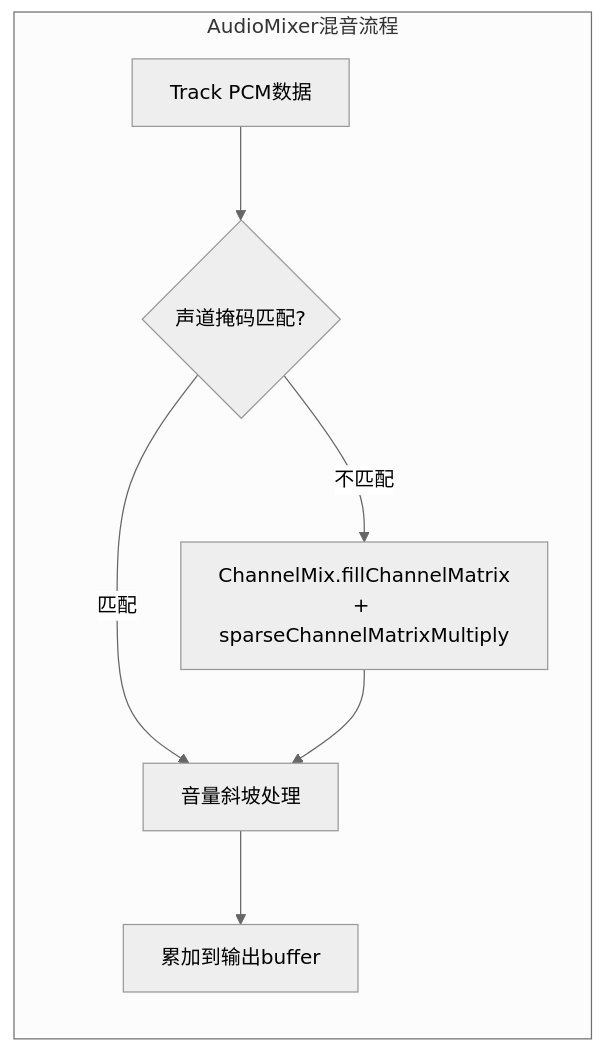
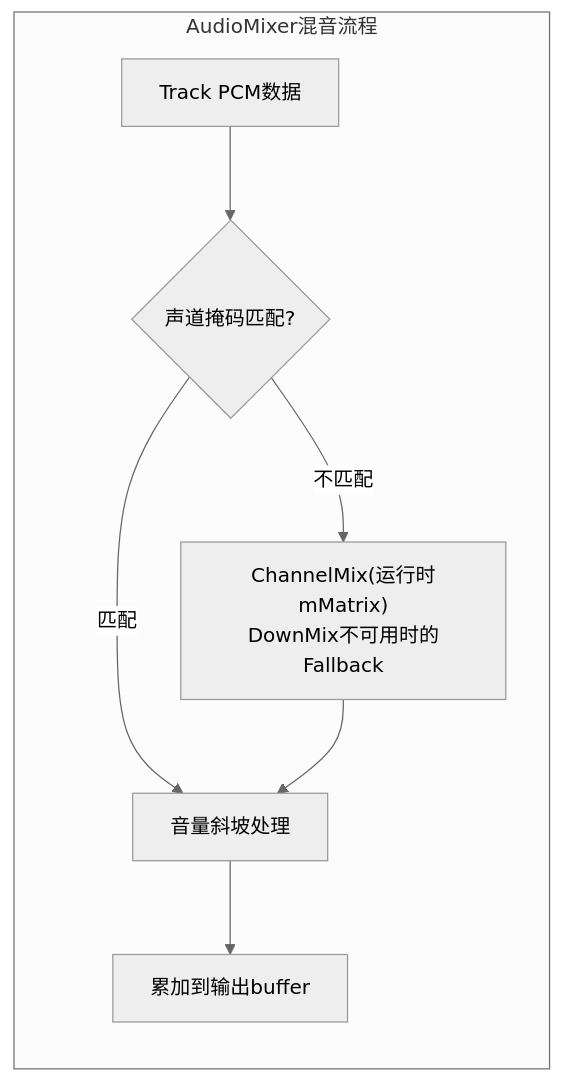
The first of 7 diagrams in 04_Native_Framework_Layer/04_4.6_audio_utils核心工具类.md (yanglinzhen1022/SA8295_AAOS_QNX_Audio_KnowledgeBase), drawn with Mermaid (neutral theme) before and after one commit. The commit also changed other lines of this file and 5 other files, not shown here.

````diff
--- a/04_Native_Framework_Layer/04_4.6_audio_utils核心工具类.md
+++ b/04_Native_Framework_Layer/04_4.6_audio_utils核心工具类.md
@@ -86,15 +72,15 @@
 ```mermaid
 flowchart LR
     subgraph AudioMixer["AudioMixer混音流程"]
         TrackData["Track PCM数据"]
         ChannelCheck{声道掩码匹配?}
-        ChannelMixOp["ChannelMix.fillChannelMatrix<br>+ sparseChannelMatrixMultiply"]
+        ChannelMixOp["ChannelMix(运行时mMatrix)<br>DownMix不可用时的Fallback"]
         VolumeRamp["音量斜坡处理"]
         MixAccum["累加到输出buffer"]
     end
     TrackData --> ChannelCheck
     ChannelCheck -- 不匹配 --> ChannelMixOp
     ChannelCheck -- 匹配 --> VolumeRamp
     ChannelMixOp --> VolumeRamp
     VolumeRamp --> MixAccum
 ```
````
